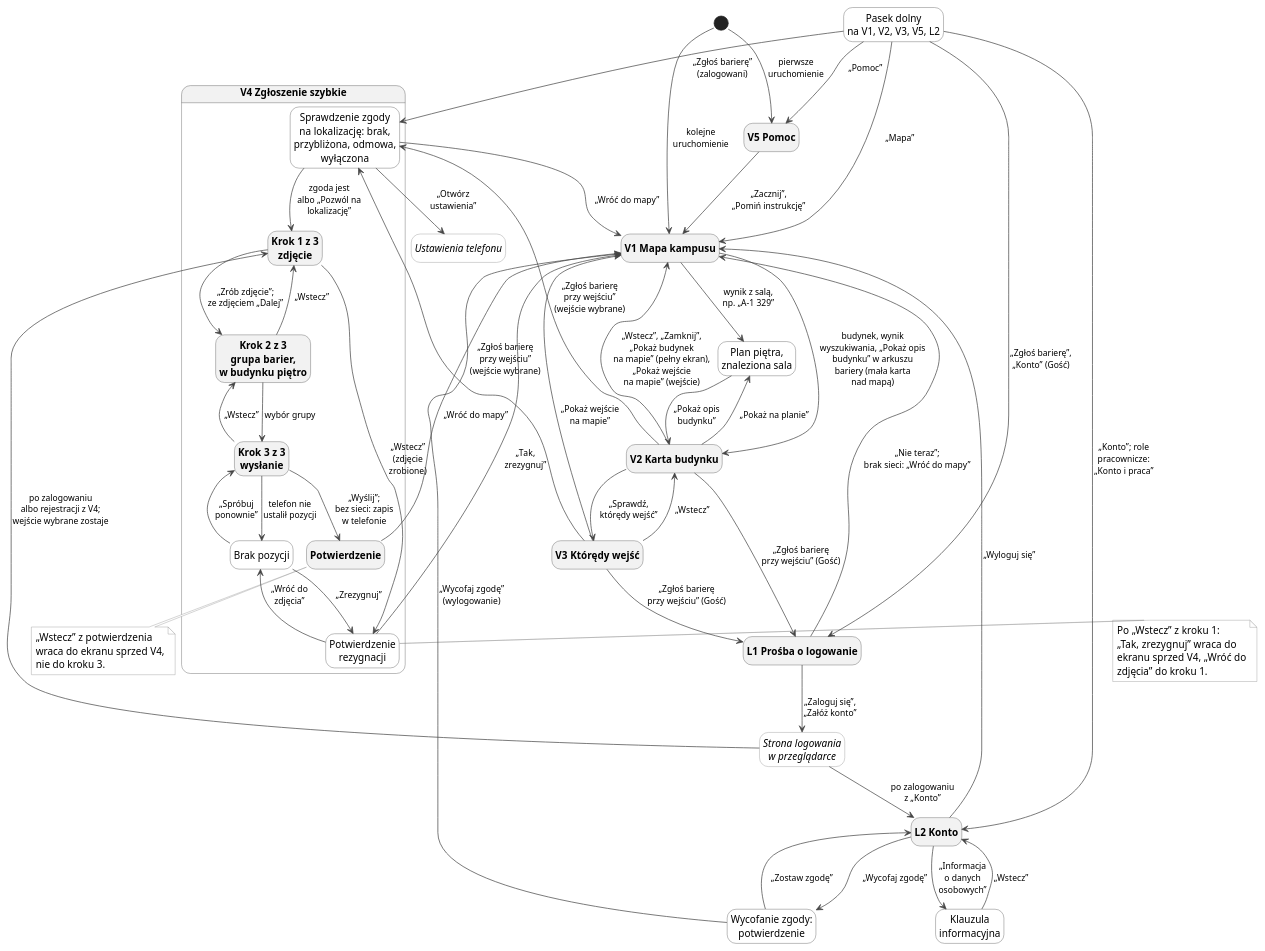
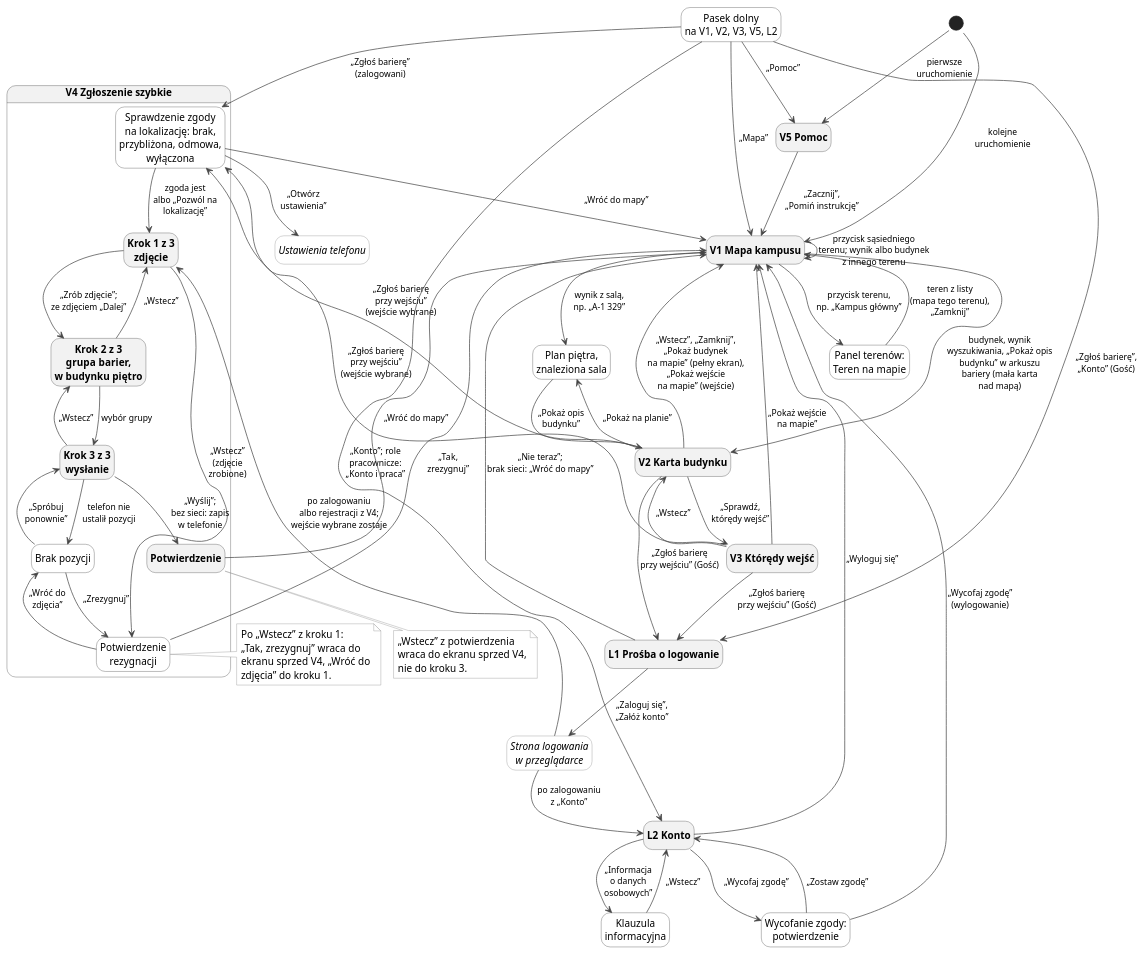
One commit to dostepny-kampus/dostepny-kampus changed the diagram in docs/docs/ux/nawigacja-odwiedzajacy.puml. Above: the diagram before and after it, drawn with PlantUML. The commit also changed 41 other files, not shown here.

```diff
--- a/docs/docs/ux/nawigacja-odwiedzajacy.puml
+++ b/docs/docs/ux/nawigacja-odwiedzajacy.puml
@@ -1,112 +1,116 @@
 @startuml
 !pragma layout smetana
 hide empty description
 skinparam defaultFontSize 14
 skinparam ArrowColor #444444
 skinparam ArrowFontSize 12
 skinparam state {
   BackgroundColor #F2F2F2
   BorderColor #444444
   FontStyle bold
 }
 skinparam state<<poza>> {
   BackgroundColor #FFFFFF
   BorderColor #888888
   FontStyle italic
 }
 skinparam state<<stan>> {
   BackgroundColor #FFFFFF
   BorderColor #444444
   FontStyle normal
 }
 skinparam note {
   BackgroundColor #FFFFFF
   BorderColor #888888
 }
 
 state "V5 Pomoc" as V5
 state "V1 Mapa kampusu" as V1
 state "Plan piętra,\nznaleziona sala" as PLAN <<stan>>
+state "Panel terenów:\nTeren na mapie" as TEREN <<stan>>
 state "V2 Karta budynku" as V2
 state "V3 Którędy wejść" as V3
 state "Pasek dolny\nna V1, V2, V3, V5, L2" as PASEK <<stan>>
 state "L1 Prośba o logowanie" as L1
 state "L2 Konto" as L2
 state "Klauzula\ninformacyjna" as KL <<stan>>
 state "Wycofanie zgody:\npotwierdzenie" as WZ <<stan>>
 state "Strona logowania\nw przeglądarce" as WWW <<poza>>
 state "Ustawienia telefonu" as UST <<poza>>
 
 state "V4 Zgłoszenie szybkie" as V4 {
   state "Sprawdzenie zgody\nna lokalizację: brak,\nprzybliżona, odmowa,\nwyłączona" as ZG <<stan>>
   state "Krok 1 z 3\nzdjęcie" as K1
   state "Krok 2 z 3\ngrupa barier,\nw budynku piętro" as K2
   state "Krok 3 z 3\nwysłanie" as K3
   state "Brak pozycji" as BP <<stan>>
   state "Potwierdzenie\nrezygnacji" as PR <<stan>>
   state "Potwierdzenie" as POT
 }
 
 [*] --> V5 : pierwsze\nuruchomienie
 [*] --> V1 : kolejne\nuruchomienie
 V5 --> V1 : „Zacznij”,\n„Pomiń instrukcję”
 V1 --> V2 : budynek, wynik\nwyszukiwania, „Pokaż opis\nbudynku” w arkuszu\nbariery (mała karta\nnad mapą)
 V2 --> V1 : „Wstecz”, „Zamknij”,\n„Pokaż budynek\nna mapie” (pełny ekran),\n„Pokaż wejście\nna mapie” (wejście)
 V2 --> V3 : „Sprawdź,\nktórędy wejść”
 V3 --> V2 : „Wstecz”
 V3 --> V1 : „Pokaż wejście\nna mapie”
 V1 --> PLAN : wynik z salą,\nnp. „A-1 329”
+V1 --> TEREN : przycisk terenu,\nnp. „Kampus główny”
+TEREN --> V1 : teren z listy\n(mapa tego terenu),\n„Zamknij”
+V1 --> V1 : przycisk sąsiedniego\nterenu; wynik albo budynek\nz innego terenu
 V2 --> PLAN : „Pokaż na planie”
 PLAN --> V2 : „Pokaż opis\nbudynku”
 V2 --> ZG : „Zgłoś barierę\nprzy wejściu”\n(wejście wybrane)
 V2 --> L1 : „Zgłoś barierę\nprzy wejściu” (Gość)
 V3 --> ZG : „Zgłoś barierę\nprzy wejściu”\n(wejście wybrane)
 V3 --> L1 : „Zgłoś barierę\nprzy wejściu” (Gość)
 
 PASEK --> V1 : „Mapa”
 PASEK --> V5 : „Pomoc”
 PASEK --> ZG : „Zgłoś barierę”\n(zalogowani)
 PASEK --> L1 : „Zgłoś barierę”,\n„Konto” (Gość)
 PASEK --> L2 : „Konto”; role\npracownicze:\n„Konto i praca”
 
 ZG --> K1 : zgoda jest\nalbo „Pozwól na\nlokalizację”
 ZG --> UST : „Otwórz\nustawienia”
 ZG --> V1 : „Wróć do mapy”
 K1 --> K2 : „Zrób zdjęcie”;\nze zdjęciem „Dalej”
 K2 --> K3 : wybór grupy
 K2 --> K1 : „Wstecz”
 K1 --> PR : „Wstecz”\n(zdjęcie\nzrobione)
 K3 --> K2 : „Wstecz”
 K3 --> POT : „Wyślij”;\nbez sieci: zapis\nw telefonie
 K3 --> BP : telefon nie\nustalił pozycji
 BP --> K3 : „Spróbuj\nponownie”
 BP --> PR : „Zrezygnuj”
 PR --> BP : „Wróć do\nzdjęcia”
 PR --> V1 : „Tak,\nzrezygnuj”
 POT --> V1 : „Wróć do mapy”
 
 L1 --> WWW : „Zaloguj się”,\n„Załóż konto”
 WWW --> K1 : po zalogowaniu\nalbo rejestracji z V4;\nwejście wybrane zostaje
 WWW --> L2 : po zalogowaniu\nz „Konto”
 L1 --> V1 : „Nie teraz”;\nbrak sieci: „Wróć do mapy”
 
 L2 --> V1 : „Wyloguj się”
 L2 --> WZ : „Wycofaj zgodę”
 WZ --> L2 : „Zostaw zgodę”
 WZ --> V1 : „Wycofaj zgodę”\n(wylogowanie)
 L2 --> KL : „Informacja\no danych\nosobowych”
 KL --> L2 : „Wstecz”
 
 note right of PR
   Po „Wstecz” z kroku 1:
   „Tak, zrezygnuj” wraca do
   ekranu sprzed V4, „Wróć do
   zdjęcia” do kroku 1.
 end note
 
 note bottom of POT
   „Wstecz” z potwierdzenia
   wraca do ekranu sprzed V4,
   nie do kroku 3.
 end note
 @enduml
```
